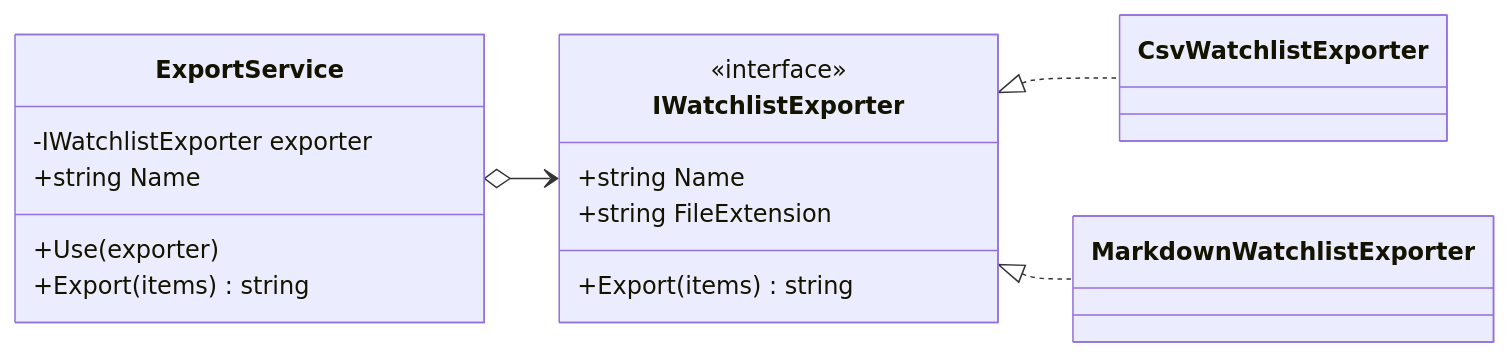
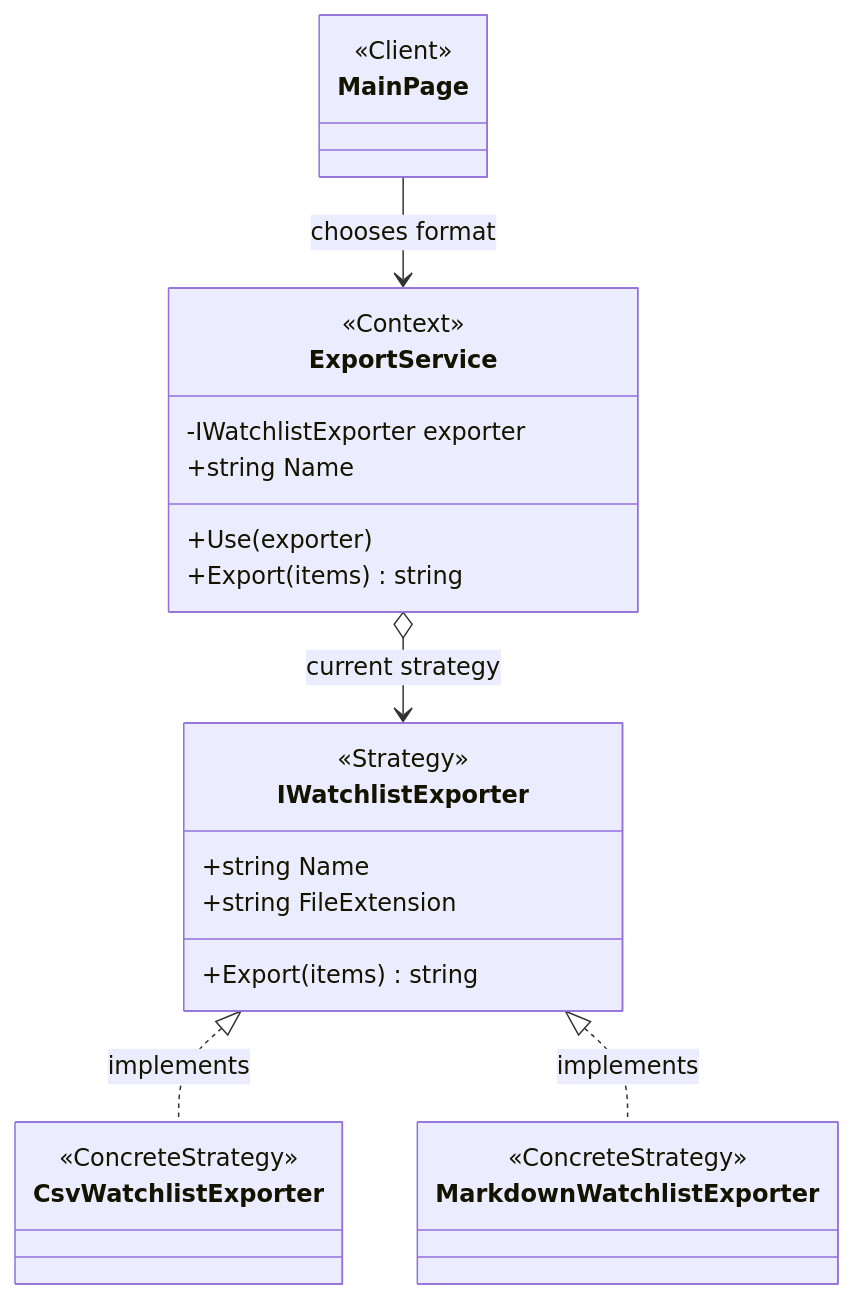
Before and after one commit to Prince-of-Nothing/TMPS-Labs: the fourth of 4 diagrams in Reports/Lab3.md, drawn with Mermaid. The commit also changed other lines of this file and 1 other file, not shown here.

Commit message:
docs: restyle UML diagrams with Refactoring Guru roles

````diff
--- a/Reports/Lab3.md
+++ b/Reports/Lab3.md
@@ -466,21 +516,30 @@
 ```mermaid
 classDiagram
-direction LR
-class IWatchlistExporter {
-  <<interface>>
-  +string Name
-  +string FileExtension
-  +Export(items) string
+direction TB
+class MainPage {
+  <<Client>>
 }
-class CsvWatchlistExporter
-class MarkdownWatchlistExporter
 class ExportService {
+  <<Context>>
   -IWatchlistExporter exporter
   +string Name
   +Use(exporter)
   +Export(items) string
 }
-IWatchlistExporter <|.. CsvWatchlistExporter
-IWatchlistExporter <|.. MarkdownWatchlistExporter
-ExportService o--> IWatchlistExporter
+class IWatchlistExporter {
+  <<Strategy>>
+  +string Name
+  +string FileExtension
+  +Export(items) string
+}
+class CsvWatchlistExporter {
+  <<ConcreteStrategy>>
+}
+class MarkdownWatchlistExporter {
+  <<ConcreteStrategy>>
+}
+MainPage --> ExportService : chooses format
+ExportService o--> IWatchlistExporter : current strategy
+IWatchlistExporter <|.. CsvWatchlistExporter : implements
+IWatchlistExporter <|.. MarkdownWatchlistExporter : implements
 ```
````
